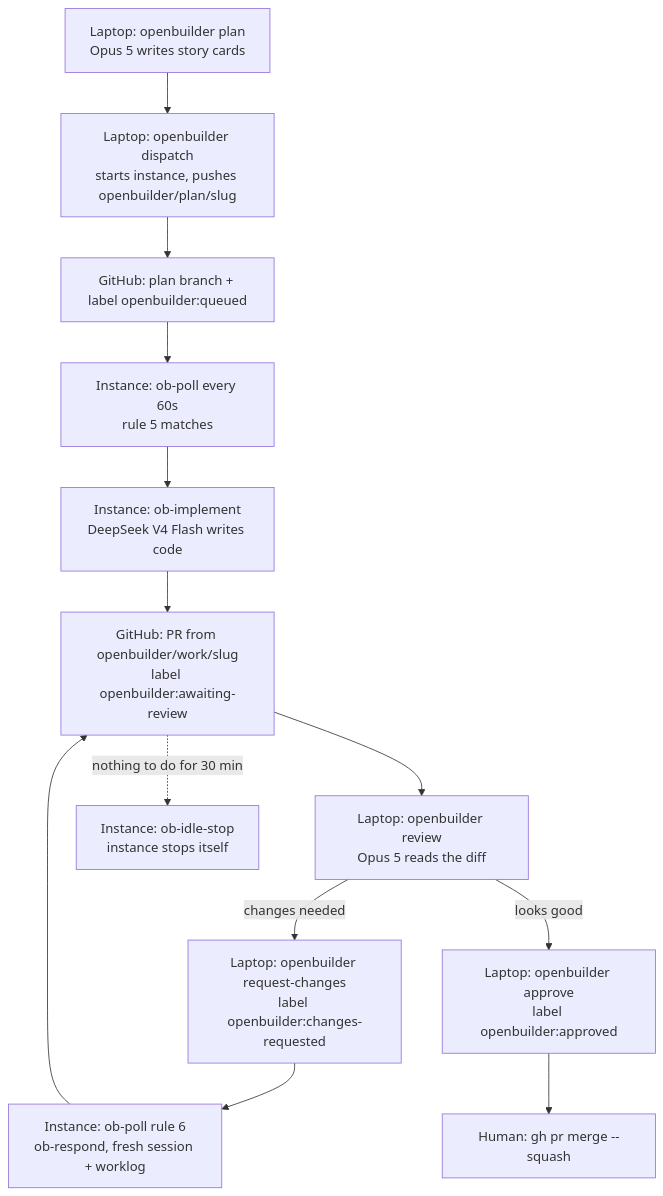
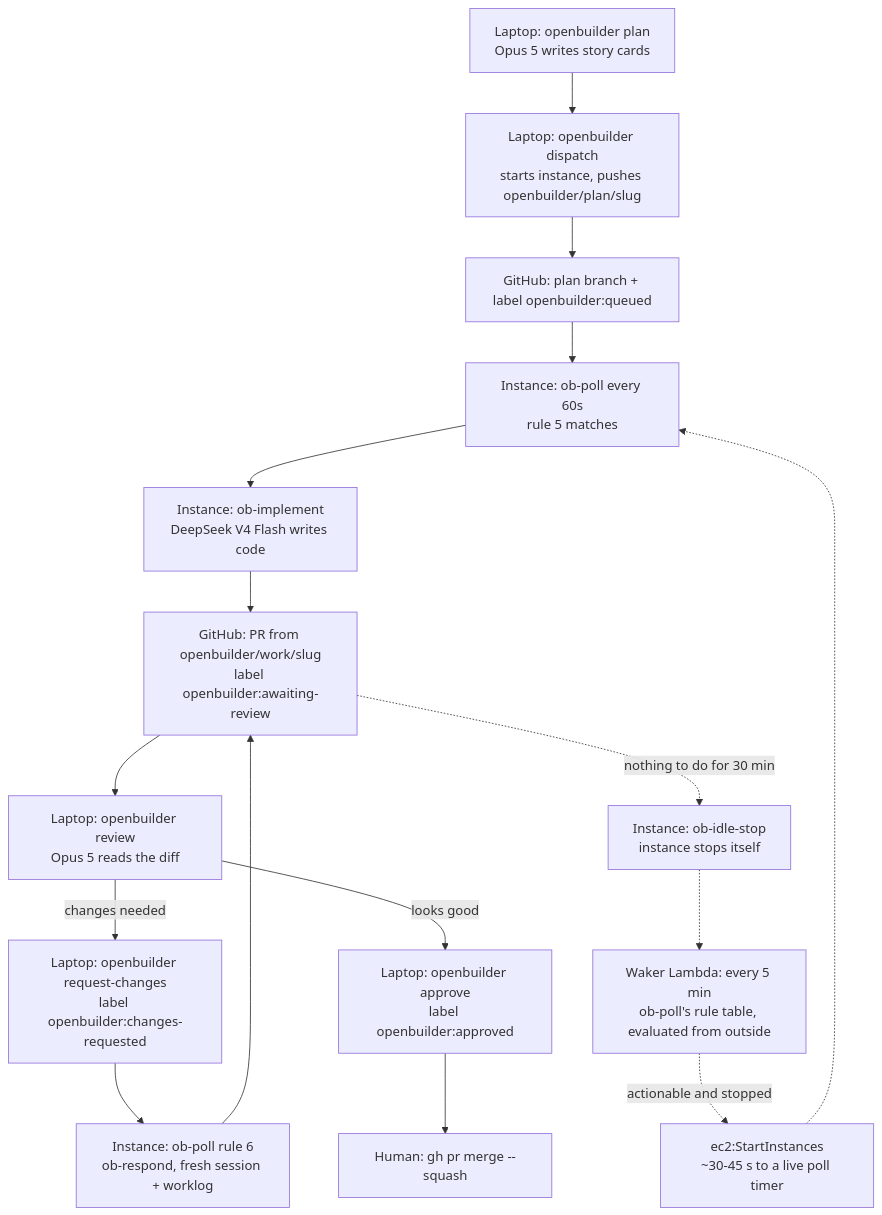
One commit to artemkurylo/openbuilder changed the diagram in README.md. Above: the diagram before and after it, drawn with Mermaid. The commit also changed other lines of this file and 3 other files, not shown here.

````diff
--- a/README.md
+++ b/README.md
@@ -15,15 +16,18 @@
 ```mermaid
 flowchart TD
     A["Laptop: openbuilder plan<br/>Opus 5 writes story cards"] --> B["Laptop: openbuilder dispatch<br/>starts instance, pushes openbuilder/plan/slug"]
     B --> C["GitHub: plan branch + label openbuilder:queued"]
     C --> D["Instance: ob-poll every 60s<br/>rule 5 matches"]
     D --> E["Instance: ob-implement<br/>DeepSeek V4 Flash writes code"]
     E --> F["GitHub: PR from openbuilder/work/slug<br/>label openbuilder:awaiting-review"]
     F --> G["Laptop: openbuilder review<br/>Opus 5 reads the diff"]
     G -->|changes needed| H["Laptop: openbuilder request-changes<br/>label openbuilder:changes-requested"]
     H --> I["Instance: ob-poll rule 6<br/>ob-respond, fresh session + worklog"]
     I --> F
     G -->|looks good| J["Laptop: openbuilder approve<br/>label openbuilder:approved"]
     J --> K["Human: gh pr merge --squash"]
     F -.->|nothing to do for 30 min| L["Instance: ob-idle-stop<br/>instance stops itself"]
+    L -.-> M["Waker Lambda: every 5 min<br/>ob-poll's rule table, evaluated from outside"]
+    M -.->|actionable and stopped| N["ec2:StartInstances<br/>~30-45 s to a live poll timer"]
+    N -.-> D
 ```
````
